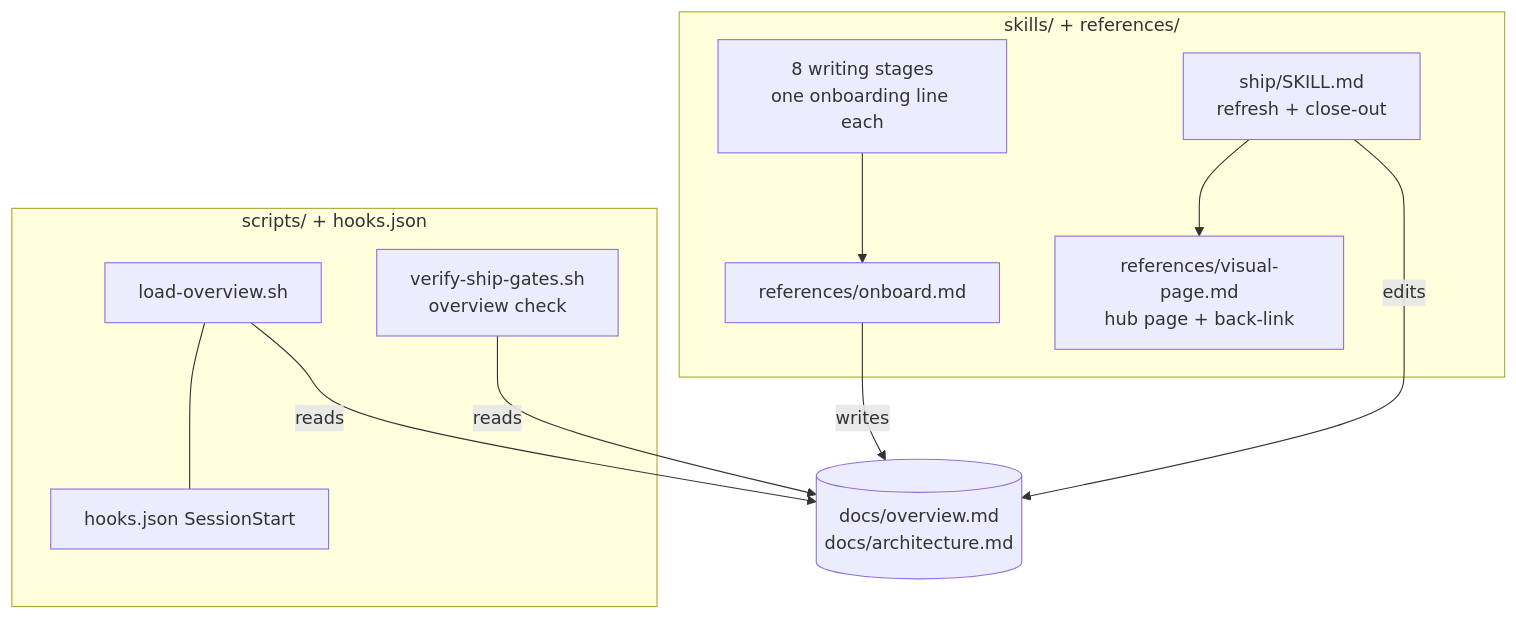
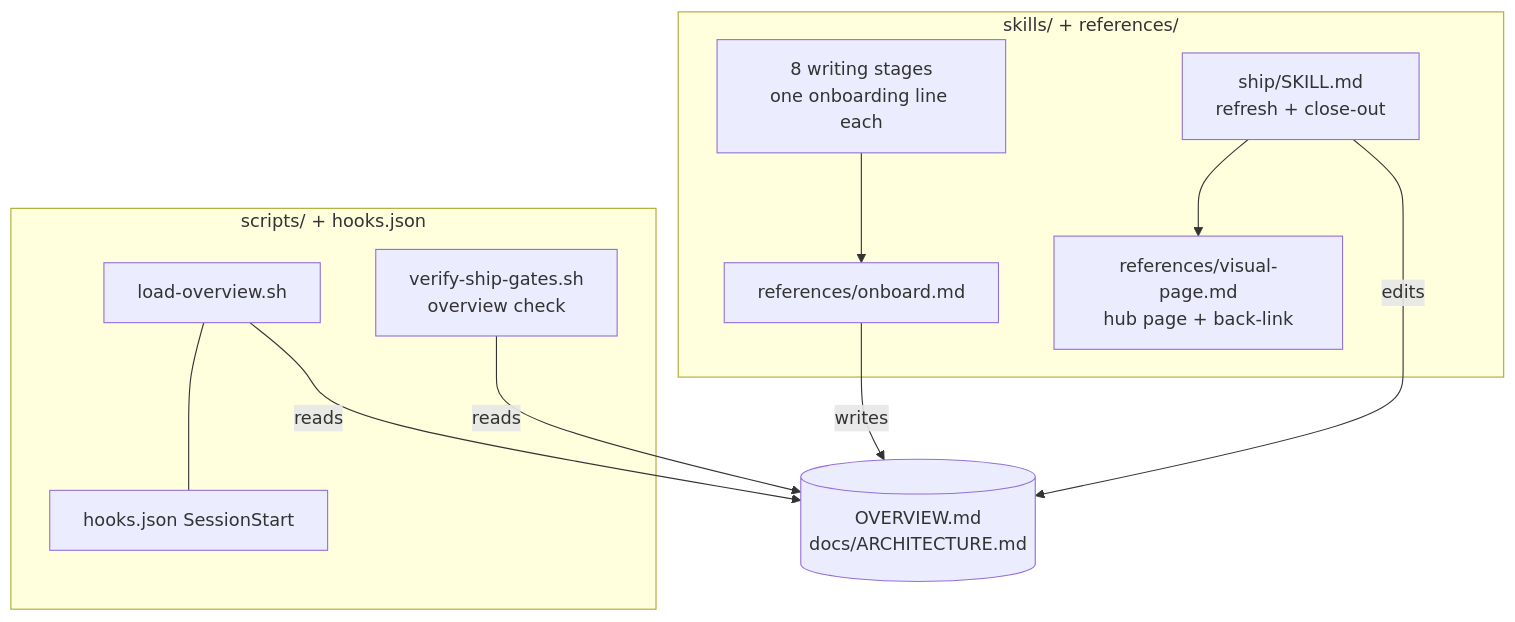
One commit to dzaffren/claude-plugin changed the third of 4 diagrams in docs/specs/auto-onboard.md. Above: the diagram before and after it, drawn with Mermaid. The commit also changed other lines of this file and 3 other files, not shown here.

````diff
--- a/docs/specs/auto-onboard.md
+++ b/docs/specs/auto-onboard.md
@@ -280,15 +280,15 @@
 ```mermaid
 flowchart TB
     subgraph skills["skills/ + references/"]
         ST["8 writing stages<br/>one onboarding line each"] --> OB[references/onboard.md]
         SHIP["ship/SKILL.md<br/>refresh + close-out"] --> VP[references/visual-page.md<br/>hub page + back-link]
     end
     subgraph scripts["scripts/ + hooks.json"]
         LO[load-overview.sh] --- HK[hooks.json SessionStart]
         VG[verify-ship-gates.sh<br/>overview check]
     end
-    OB -- writes --> OV[(docs/overview.md<br/>docs/architecture.md)]
+    OB -- writes --> OV[(OVERVIEW.md<br/>docs/ARCHITECTURE.md)]
     LO -- reads --> OV
     VG -- reads --> OV
     SHIP -- edits --> OV
 ```
````
